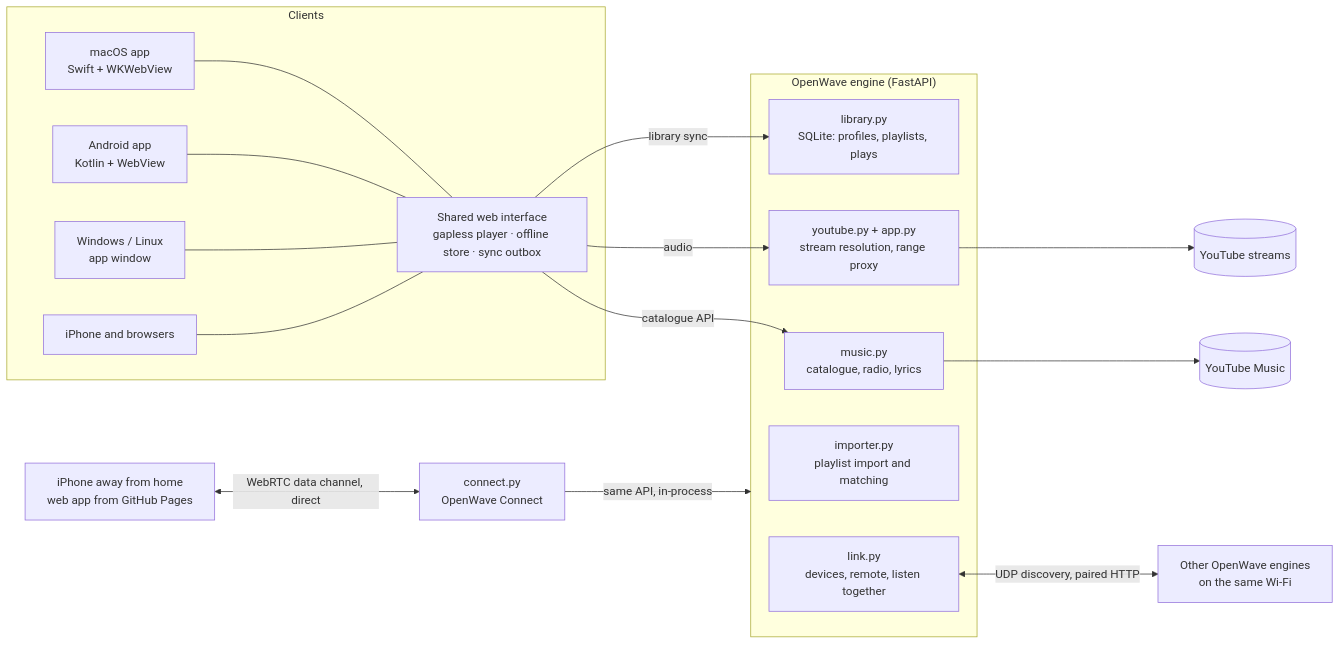
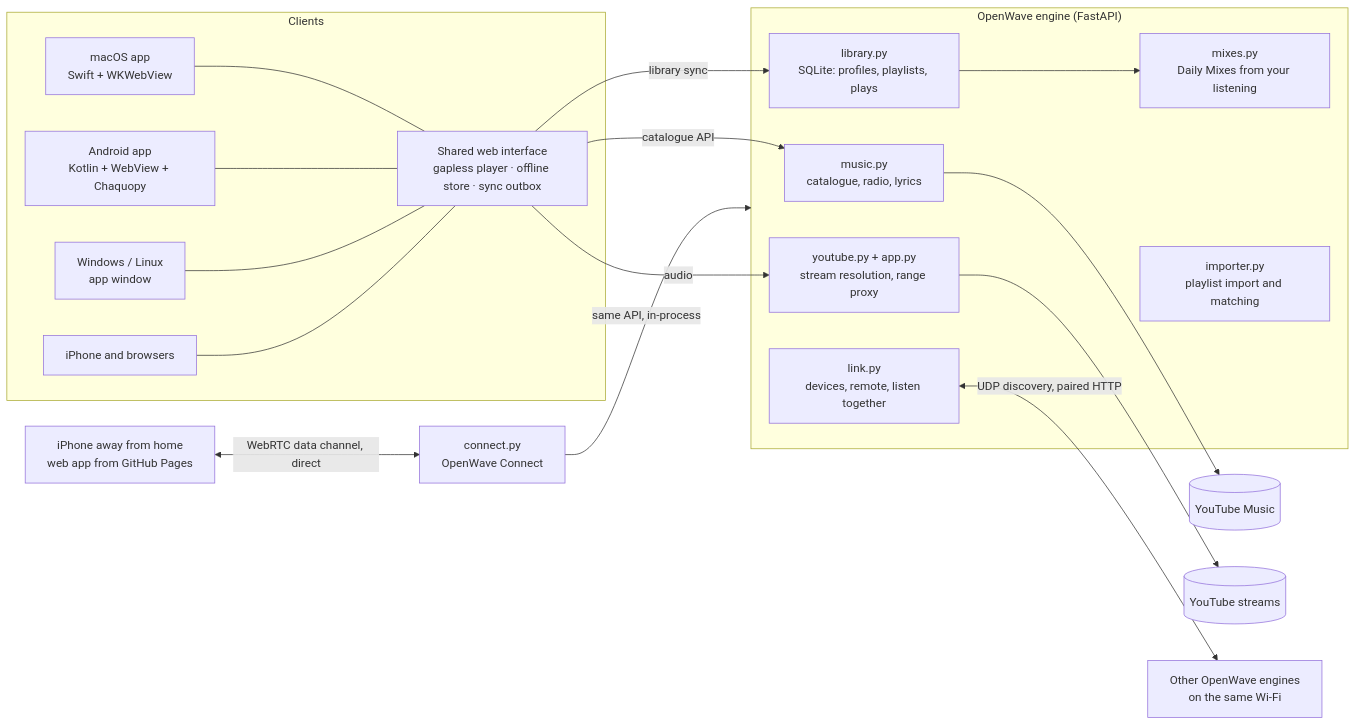
Before and after one commit to SaiSiddharthBS/OpenWave: the diagram in README.md, drawn with Mermaid. The commit also changed other lines of this file and 38 other files, not shown here.

First line of the commit message:
README and screenshots for 0.5.7: the new layout, Daily Mixes, tablets

````diff
--- a/README.md
+++ b/README.md
@@ -272,34 +262,36 @@
 ```mermaid
 flowchart LR
   subgraph Clients
     UI["Shared web interface<br/>gapless player · offline store · sync outbox"]
     Mac["macOS app<br/>Swift + WKWebView"]
-    And["Android app<br/>Kotlin + WebView"]
+    And["Android app<br/>Kotlin + WebView + Chaquopy"]
     Desk["Windows / Linux<br/>app window"]
     Web["iPhone and browsers"]
   end
   subgraph Engine["OpenWave engine (FastAPI)"]
     Music["music.py<br/>catalogue, radio, lyrics"]
     Stream["youtube.py + app.py<br/>stream resolution, range proxy"]
     Lib["library.py<br/>SQLite: profiles, playlists, plays"]
+    Mixes["mixes.py<br/>Daily Mixes from your listening"]
     Imp["importer.py<br/>playlist import and matching"]
     Link["link.py<br/>devices, remote, listen together"]
   end
   YTM[("YouTube Music")]
   YT[("YouTube streams")]
   Peers["Other OpenWave engines<br/>on the same Wi-Fi"]
   Mac --- UI
   And --- UI
   Desk --- UI
   Web --- UI
   UI -->|catalogue API| Music
   UI -->|audio| Stream
   UI -->|library sync| Lib
+  Lib --> Mixes
   Music --> YTM
   Stream --> YT
   Link <-->|UDP discovery, paired HTTP| Peers
   Phone["iPhone away from home<br/>web app from GitHub Pages"]
   Conn["connect.py<br/>OpenWave Connect"]
   Phone <-->|WebRTC data channel, direct| Conn
   Conn -->|same API, in-process| Engine
 ```
````
